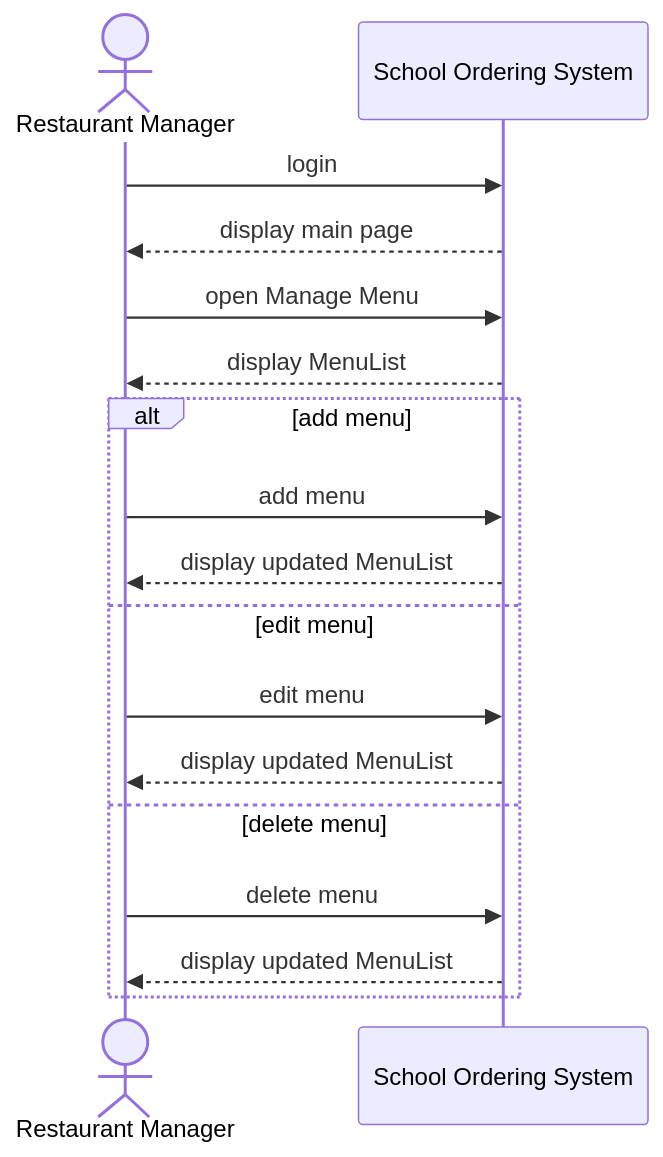
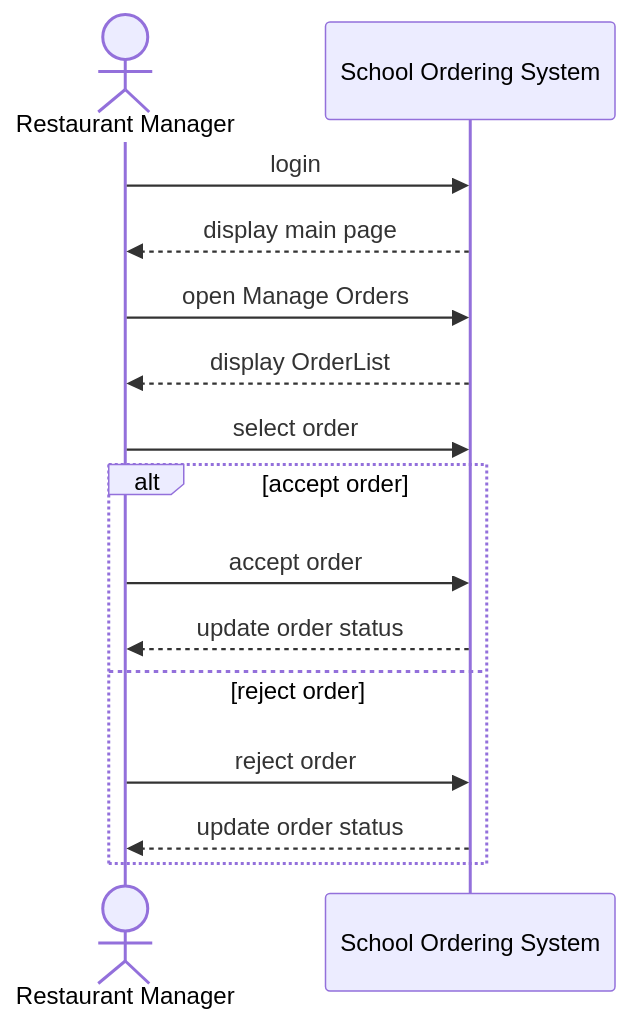
The diagram in all/未命名.md (Lifantastic-O/iodraw-files), drawn with Mermaid before and after one commit.

Commit message:
2025-12-15 19:15:02 update

````diff
--- a/all/未命名.md
+++ b/all/未命名.md
@@ -1,23 +1,22 @@
 ```mermaid
 sequenceDiagram
     actor RM as Restaurant Manager
     participant SYS as School Ordering System
 
     RM->>SYS: login
     SYS-->>RM: display main page
 
-    RM->>SYS: open Manage Menu
-    SYS-->>RM: display MenuList
+    RM->>SYS: open Manage Orders
+    SYS-->>RM: display OrderList
 
-    alt add menu
-        RM->>SYS: add menu
-        SYS-->>RM: display updated MenuList
-    else edit menu
-        RM->>SYS: edit menu
-        SYS-->>RM: display updated MenuList
-    else delete menu
-        RM->>SYS: delete menu
-        SYS-->>RM: display updated MenuList
+    RM->>SYS: select order
+
+    alt accept order
+        RM->>SYS: accept order
+        SYS-->>RM: update order status
+    else reject order
+        RM->>SYS: reject order
+        SYS-->>RM: update order status
     end
 
 ```
````
